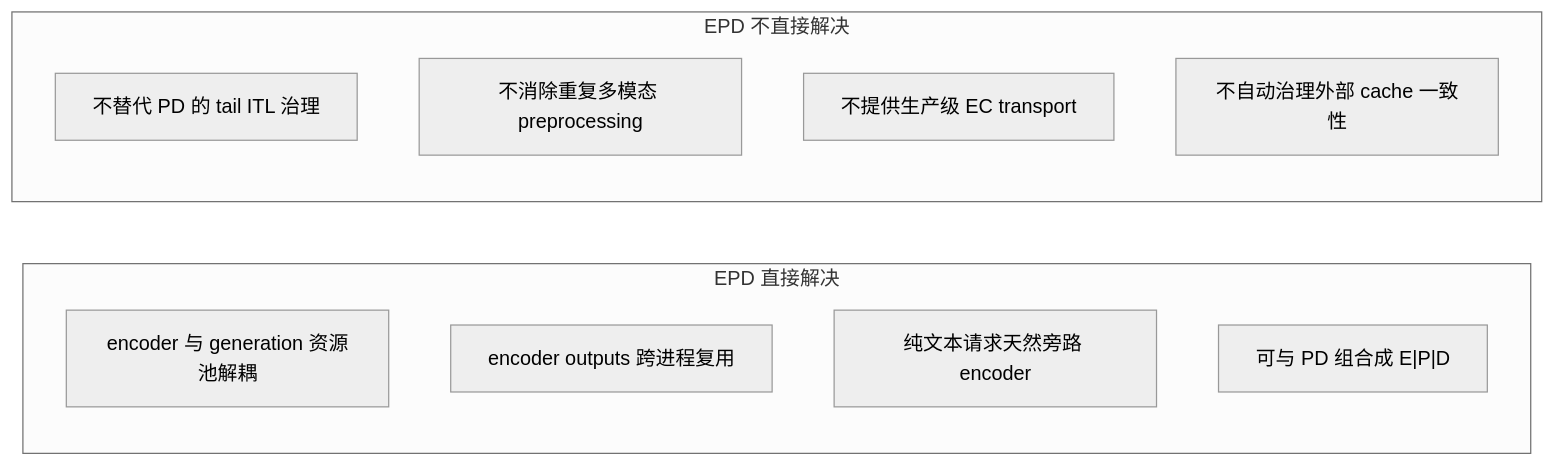
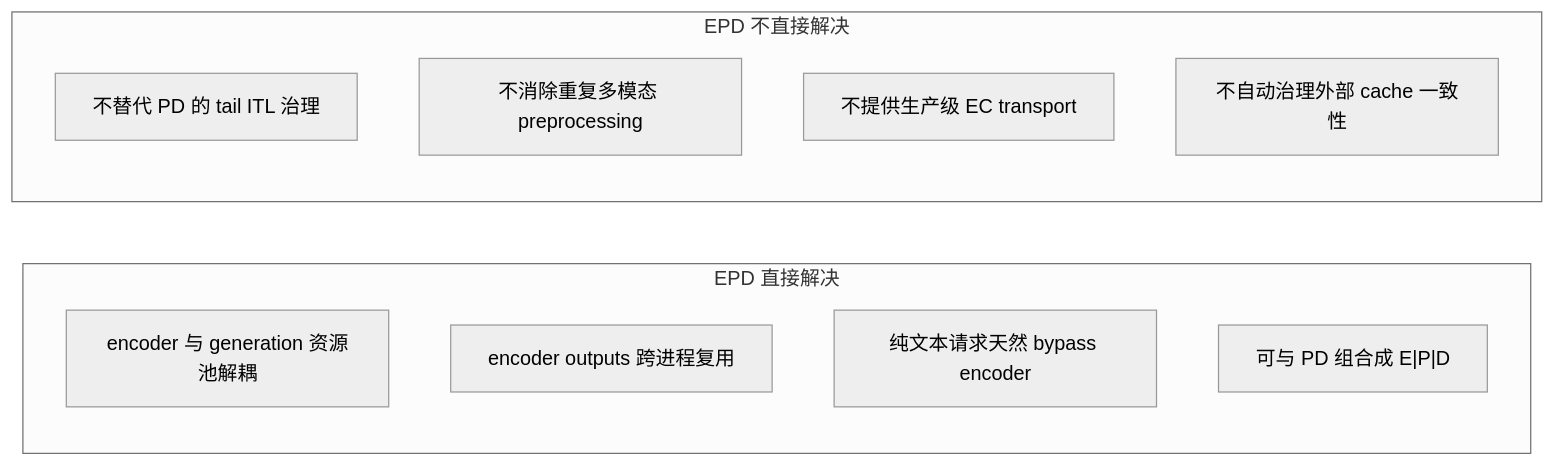
The third of 19 diagrams in src/content/blog/others/inside-vllm-epd-disaggregated-encoder-prefill-decode.md (yuanlehome/blog), drawn with Mermaid (neutral theme) before and after one commit. The commit also changed other lines of this file, not shown here.

Commit message:
Replace 旁路 with bypass in EPD article

````diff
--- a/src/content/blog/others/inside-vllm-epd-disaggregated-encoder-prefill-decode.md
+++ b/src/content/blog/others/inside-vllm-epd-disaggregated-encoder-prefill-decode.md
@@ -113,16 +113,16 @@
 ```mermaid
 flowchart LR
   subgraph Solve["EPD 直接解决"]
     S1["encoder 与 generation 资源池解耦"]
     S2["encoder outputs 跨进程复用"]
-    S3["纯文本请求天然旁路 encoder"]
+    S3["纯文本请求天然 bypass encoder"]
     S4["可与 PD 组合成 E|P|D"]
   end
 
   subgraph NotSolve["EPD 不直接解决"]
     N1["不替代 PD 的 tail ITL 治理"]
     N2["不消除重复多模态 preprocessing"]
     N3["不提供生产级 EC transport"]
     N4["不自动治理外部 cache 一致性"]
   end
 ```
````
